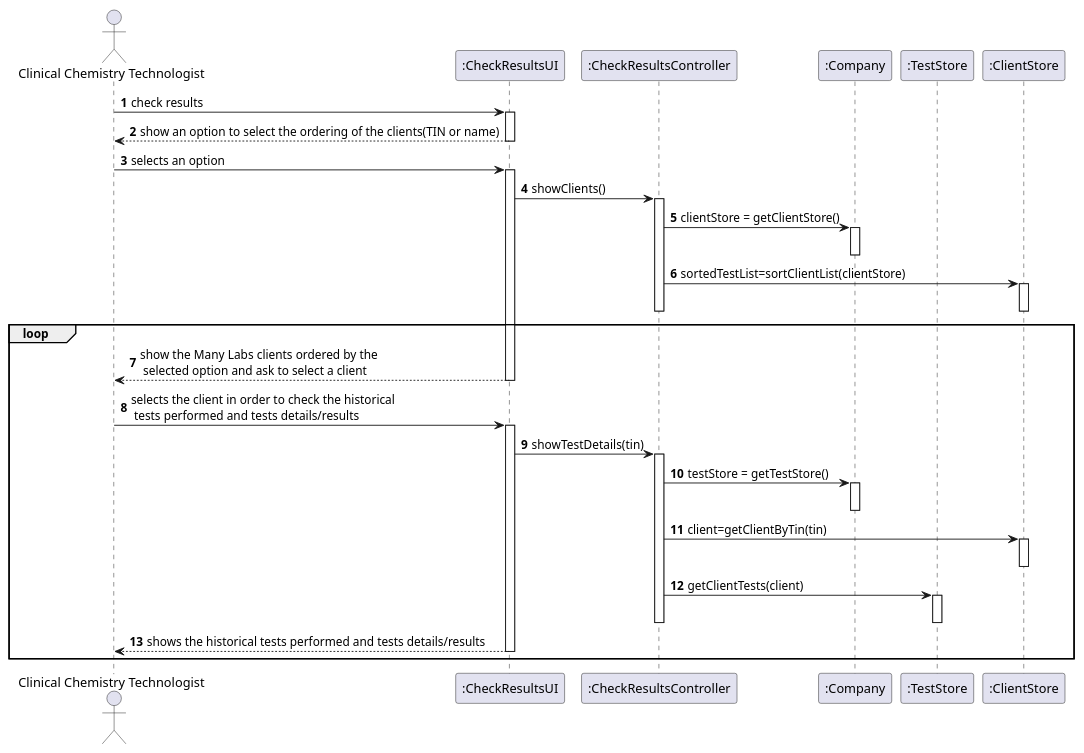
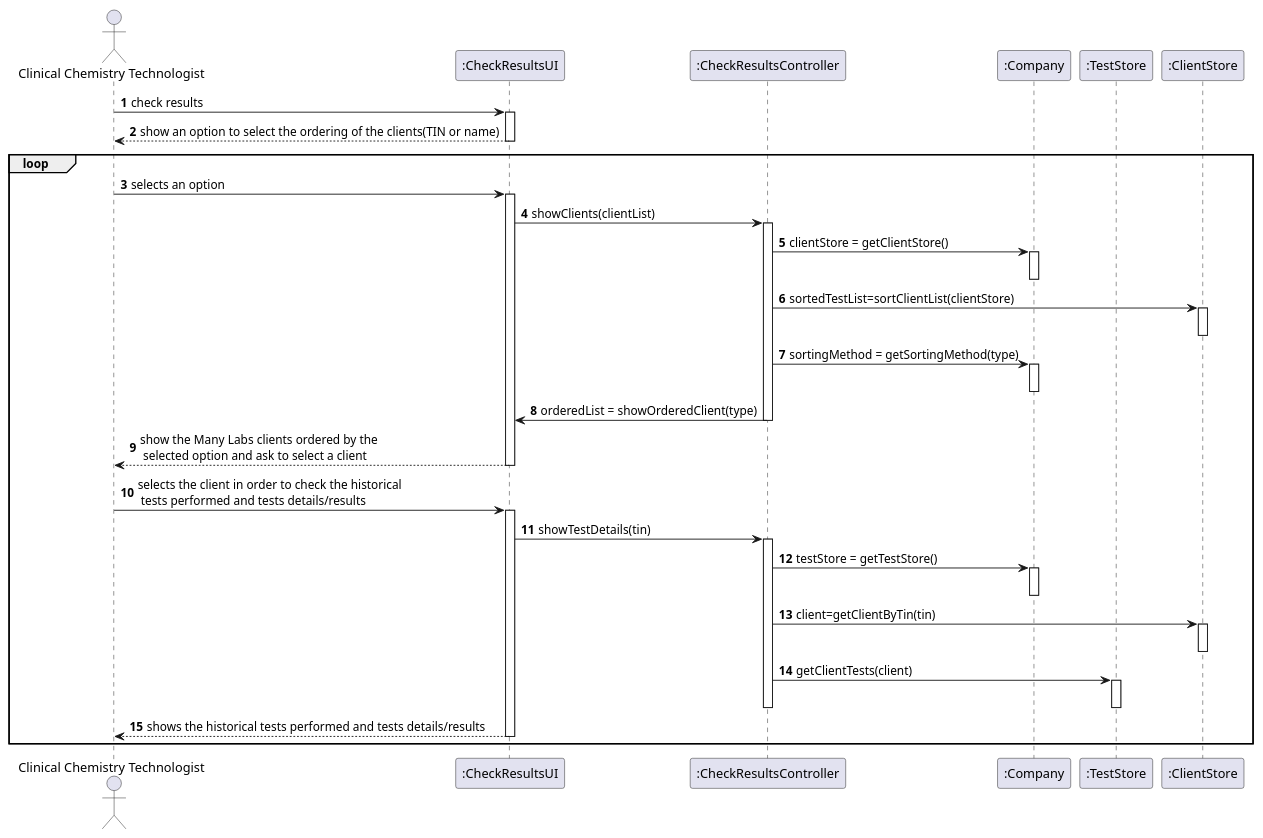
One commit to GuilhermeCunha79/lapr2 changed the diagram in docs/SprintD/US13/UC13_SD.puml. Above: the diagram before and after it, drawn with PlantUML. The commit also changed 10 other files, not shown here.

```diff
--- a/docs/SprintD/US13/UC13_SD.puml
+++ b/docs/SprintD/US13/UC13_SD.puml
@@ -1,57 +1,62 @@
 @startuml
 'https://plantuml.com/sequence-diagram
 
 autonumber
 
 actor "Clinical Chemistry Technologist" as CCT
 participant ":CheckResultsUI" as UI
 participant ":CheckResultsController" as CTRL
 participant ":Company" as COMP
 participant ":TestStore" as TS
 participant ":ClientStore" as CS
 
 
 
 CCT->UI : check results
 activate UI
 
 UI-->CCT: show an option to select the ordering of the clients(TIN or name)
 deactivate UI
-
+loop
 CCT->UI : selects an option
 activate UI
-UI-> CTRL : showClients()
+UI-> CTRL : showClients(clientList)
 activate CTRL
 CTRL-> COMP : clientStore = getClientStore()
 activate COMP
 deactivate COMP
 CTRL-> CS : sortedTestList=sortClientList(clientStore)
 activate CS
 deactivate CS
+CTRL-> COMP : sortingMethod = getSortingMethod(type)
+activate COMP
+deactivate COMP
+CTRL->UI : orderedList = showOrderedClient(type)
 deactivate CTRL
 
-loop
+
+
 UI-->CCT:show the Many Labs clients ordered by the\n selected option and ask to select a client
 
 deactivate UI
 
 CCT->UI : selects the client in order to check the historical\n tests performed and tests details/results
 activate UI
 UI-> CTRL : showTestDetails(tin)
 activate CTRL
 CTRL->COMP :testStore = getTestStore()
 activate COMP
 deactivate COMP
 CTRL-> CS : client=getClientByTin(tin)
 activate CS
 deactivate CS
 CTRL->TS : getClientTests(client)
 activate TS
 deactivate TS
 deactivate CTRL
 
 UI-->CCT:shows the historical tests performed and tests details/results
 
 deactivate UI
 end
 @enduml
```
